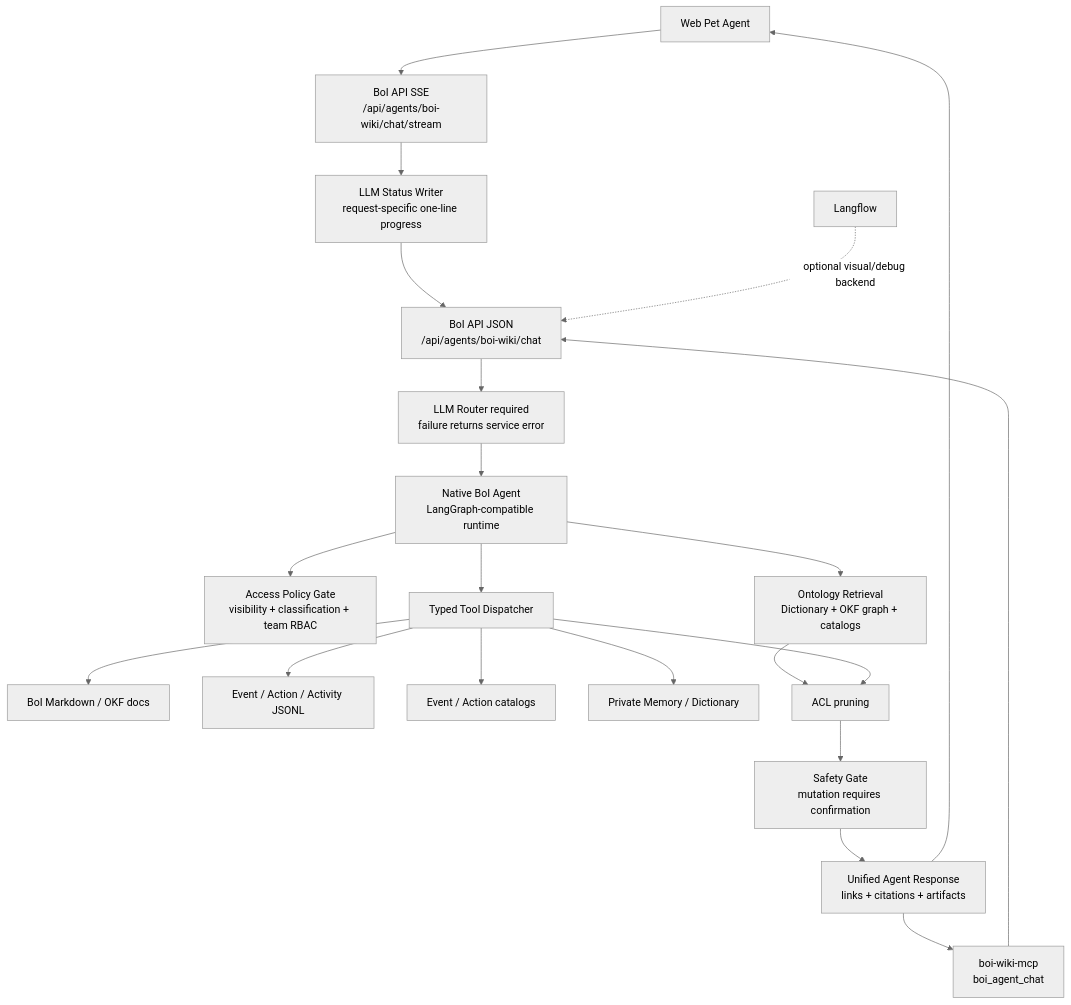
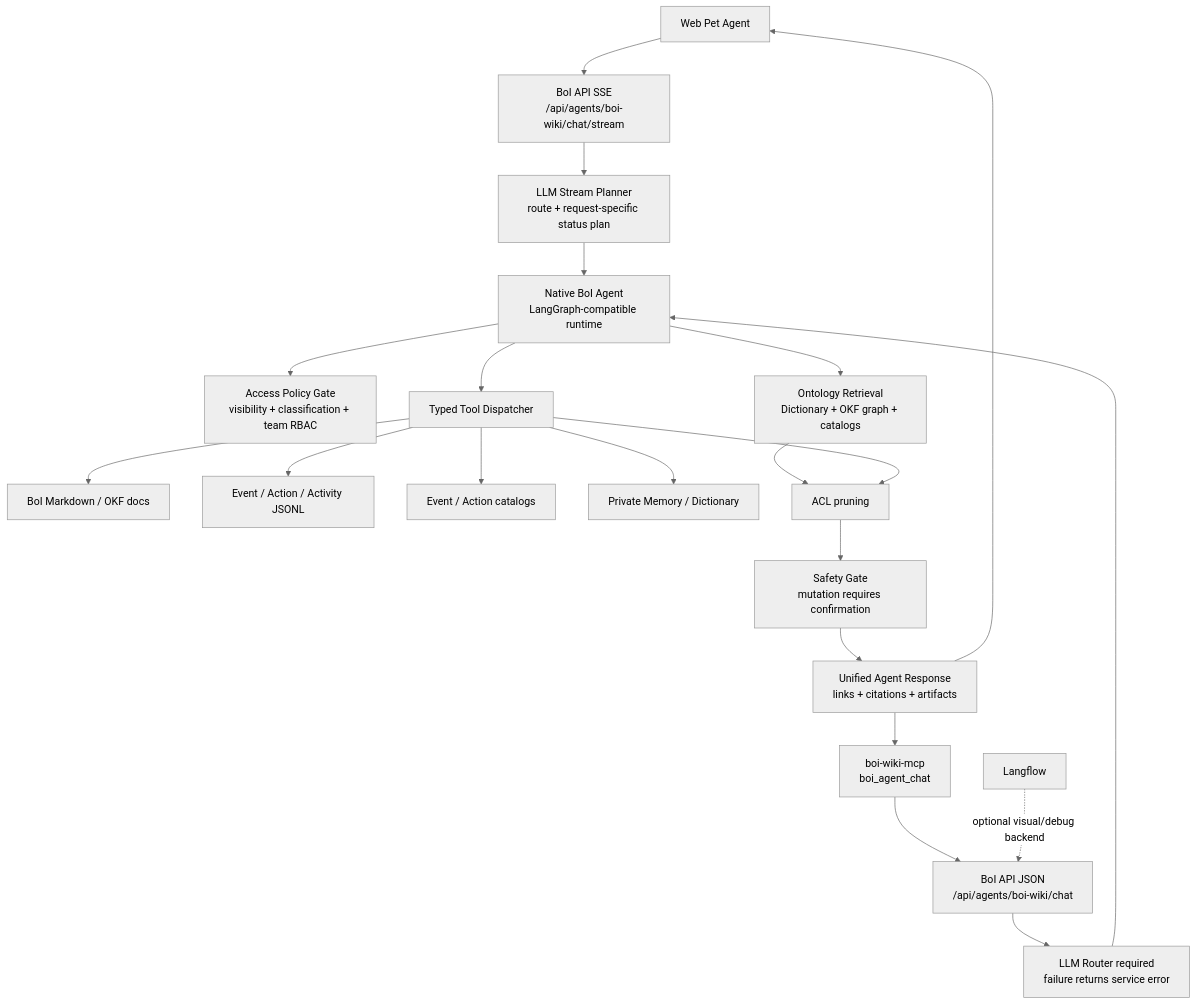
One commit to chokukil/boi-wiki changed the first of 2 diagrams in data/boi/public/boi-wiki-manual/agent/native-boi-agent-architecture.md. Above: the diagram before and after it, drawn with Mermaid (neutral theme). The commit also changed other lines of this file and 5 other files, not shown here.

Commit message:
Use single LLM stream plan for BoI Agent SSE

````diff
--- a/data/boi/public/boi-wiki-manual/agent/native-boi-agent-architecture.md
+++ b/data/boi/public/boi-wiki-manual/agent/native-boi-agent-architecture.md
@@ -36,23 +36,23 @@
 ```mermaid
 flowchart TD
   UI["Web Pet Agent"] --> STREAM["BoI API SSE<br/>/api/agents/boi-wiki/chat/stream"]
+  STREAM --> PLAN["LLM Stream Planner<br/>route + request-specific status plan"]
+  PLAN --> AGENT
   MCP["boi-wiki-mcp<br/>boi_agent_chat"] --> API
-  STREAM --> STATUS["LLM Status Writer<br/>request-specific one-line progress"]
-  STATUS --> API["BoI API JSON<br/>/api/agents/boi-wiki/chat"]
-  API --> ROUTER["LLM Router required<br/>failure returns service error"]
+  API["BoI API JSON<br/>/api/agents/boi-wiki/chat"] --> ROUTER["LLM Router required<br/>failure returns service error"]
   ROUTER --> AGENT["Native BoI Agent<br/>LangGraph-compatible runtime"]
   AGENT --> ACL["Access Policy Gate<br/>visibility + classification + team RBAC"]
   AGENT --> RET["Ontology Retrieval<br/>Dictionary + OKF graph + catalogs"]
   AGENT --> TOOLS["Typed Tool Dispatcher"]
   TOOLS --> DOCS["BoI Markdown / OKF docs"]
   TOOLS --> LOGS["Event / Action / Activity JSONL"]
   TOOLS --> CAT["Event / Action catalogs"]
   TOOLS --> MEM["Private Memory / Dictionary"]
   RET --> ACL2["ACL pruning"]
   TOOLS --> ACL2
   ACL2 --> SAFE["Safety Gate<br/>mutation requires confirmation"]
   SAFE --> OUT["Unified Agent Response<br/>links + citations + artifacts"]
   OUT --> UI
   OUT --> MCP
   LF["Langflow"] -. "optional visual/debug backend" .-> API
 ```
````
